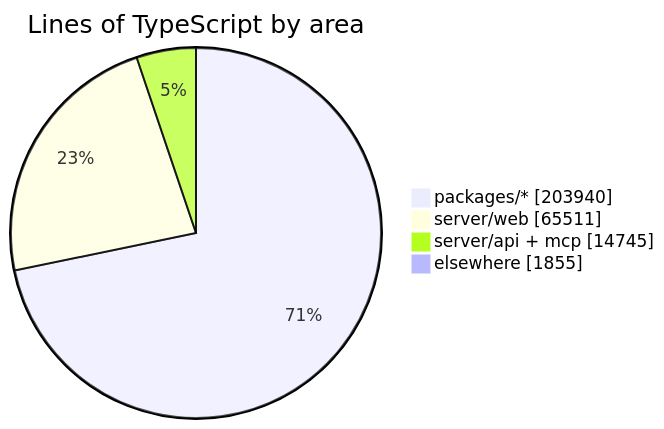
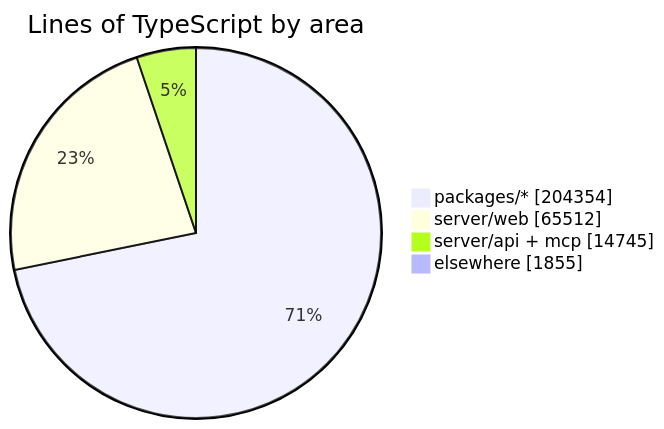
One commit to crossworks-engineering/mantle changed the diagram in README.md. Above: the diagram before and after it, drawn with Mermaid. The commit also changed other lines of this file and 2 other files, not shown here.

````diff
--- a/README.md
+++ b/README.md
@@ -287,7 +287,7 @@
 ```mermaid
 pie showData title Lines of TypeScript by area
-    "packages/*" : 203940
-    "server/web" : 65511
+    "packages/*" : 204354
+    "server/web" : 65512
     "server/api + mcp" : 14745
     "elsewhere" : 1855
 ```
````
